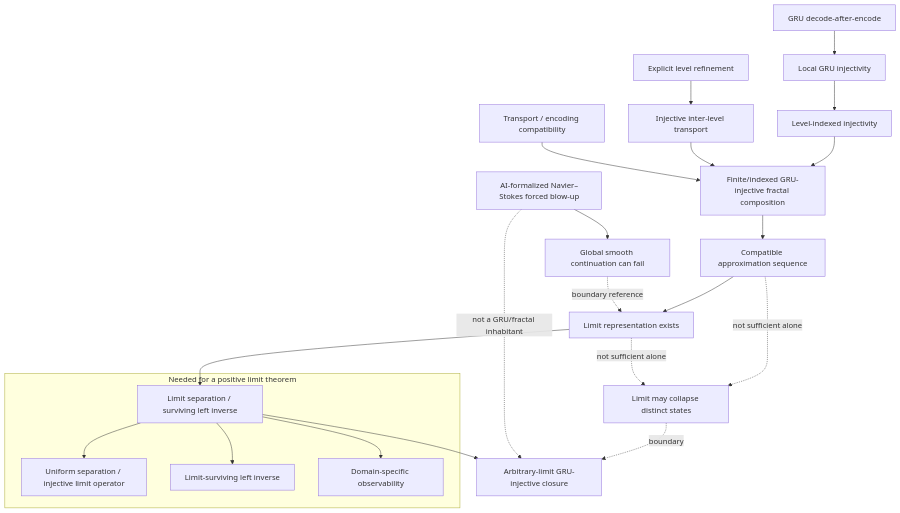
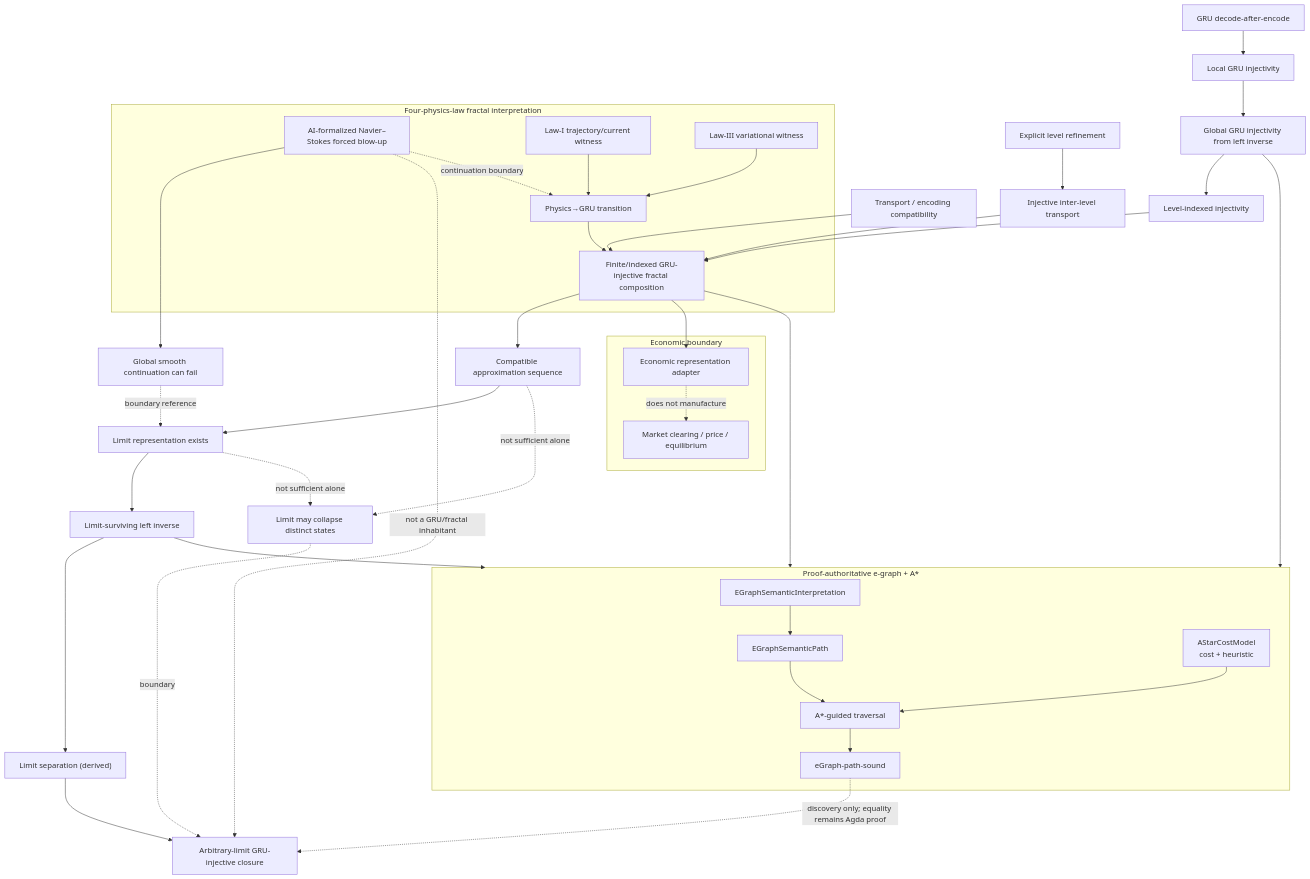
Before and after one commit to JohnChristianD/Actions: the diagram in .ci/discovery/gru-fractal-arbitrary-limit-closure-2026-09-26.mmd, drawn with Mermaid.

Commit message:
graph: connect surviving left inverse to limit closure

```diff
--- a/.ci/discovery/gru-fractal-arbitrary-limit-closure-2026-09-26.mmd
+++ b/.ci/discovery/gru-fractal-arbitrary-limit-closure-2026-09-26.mmd
@@ -1,22 +1,44 @@
 flowchart TD
   GI["GRU decode-after-encode"] --> LI["Local GRU injectivity"]
-  LI --> IDX["Level-indexed injectivity"]
+  LI --> GGI["Global GRU injectivity from left inverse"]
+  GGI --> IDX["Level-indexed injectivity"]
   REF["Explicit level refinement"] --> TR["Injective inter-level transport"]
   IDX --> COMP["Finite/indexed GRU-injective fractal composition"]
   TR --> COMP
   COMPAT["Transport / encoding compatibility"] --> COMP
   COMP --> APP["Compatible approximation sequence"]
   APP --> LIM["Limit representation exists"]
-  LIM --> SEP["Limit separation / surviving left inverse"]
+  LIM --> LINV["Limit-surviving left inverse"]
+  LINV --> SEP["Limit separation (derived)"]
   SEP --> ALI["Arbitrary-limit GRU-injective closure"]
   APP -. "not sufficient alone" .-> BAD["Limit may collapse distinct states"]
   LIM -. "not sufficient alone" .-> BAD
   BAD -. "boundary" .-> ALI
+
+  subgraph SEARCH["Proof-authoritative e-graph + A*"]
+    EG["EGraphSemanticInterpretation"] --> PATH["EGraphSemanticPath"]
+    COST["AStarCostModel<br/>cost + heuristic"] --> ASTAR["A*-guided traversal"]
+    PATH --> ASTAR
+    ASTAR --> SOUND["eGraph-path-sound"]
+  end
+
+  GGI --> SEARCH
+  COMP --> SEARCH
+  LINV --> SEARCH
+  SOUND -. "discovery only; equality remains Agda proof" .-> ALI
+
   NS["AI-formalized Navier–Stokes forced blow-up"] --> CONT["Global smooth continuation can fail"]
   CONT -. "boundary reference" .-> LIM
   NS -. "not a GRU/fractal inhabitant" .-> ALI
-  subgraph NEED["Needed for a positive limit theorem"]
-    SEP --> UB["Uniform separation / injective limit operator"]
-    SEP --> INV["Limit-surviving left inverse"]
-    SEP --> OBS["Domain-specific observability"]
+
+  subgraph PHYS["Four-physics-law fractal interpretation"]
+    L1["Law-I trajectory/current witness"] --> PGRU["Physics→GRU transition"]
+    L3["Law-III variational witness"] --> PGRU
+    PGRU --> COMP
+    NS -. "continuation boundary" .-> PGRU
   end
+
+  subgraph ECON["Economic boundary"]
+    COMP --> EREP["Economic representation adapter"]
+    EREP -. "does not manufacture" .-> EQ["Market clearing / price / equilibrium"]
+  end
```
